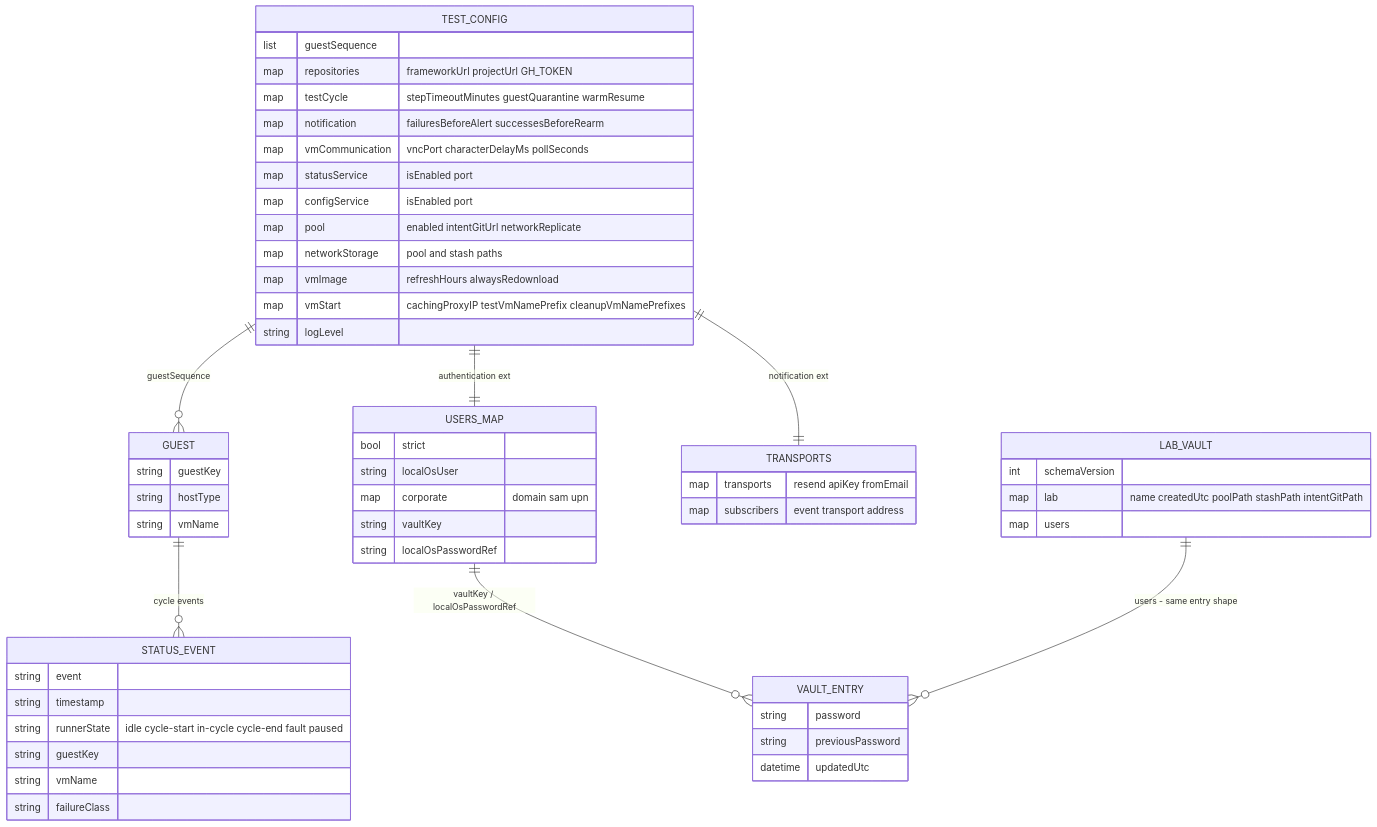
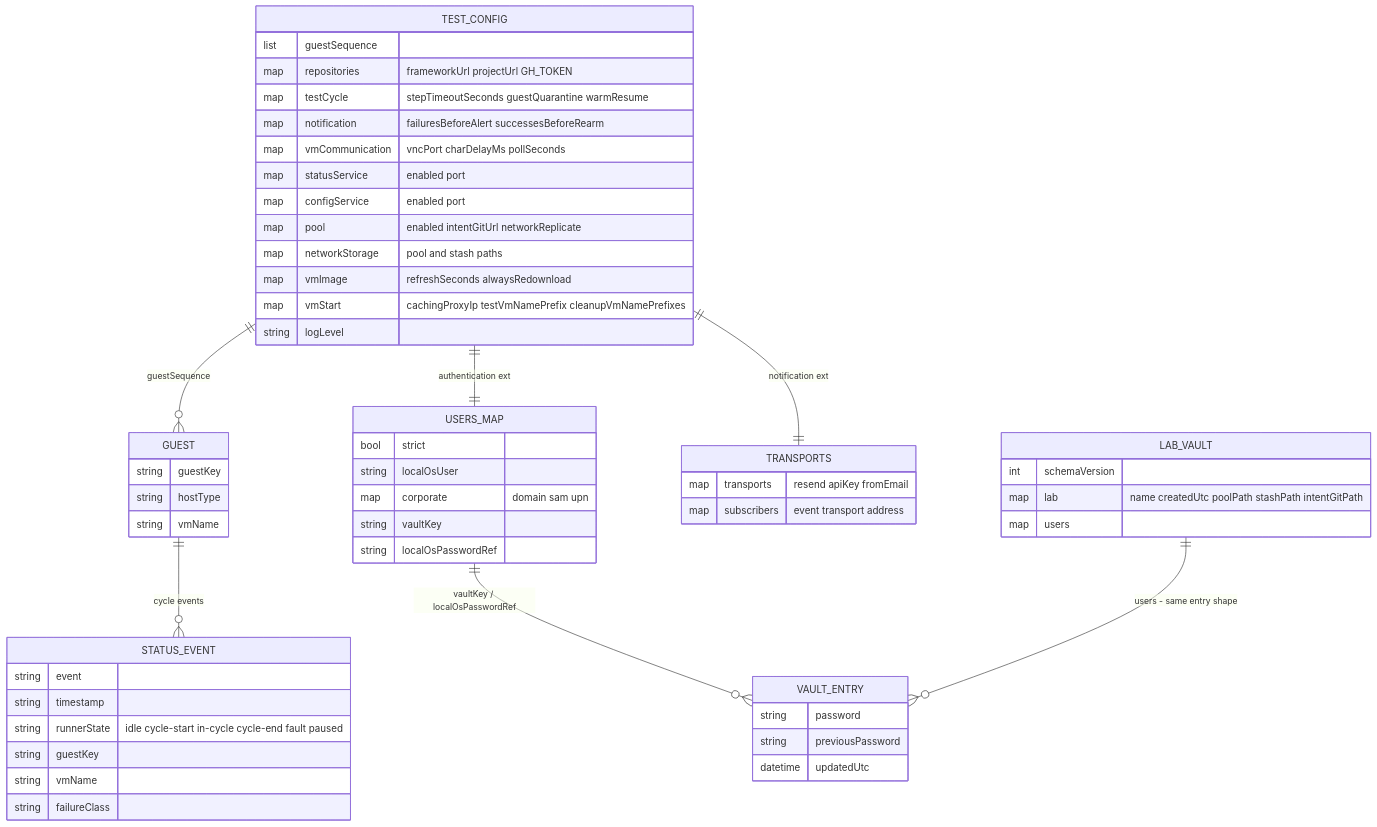
Before and after one commit to alissonsol/yuruna: the second of 2 diagrams in docs/design/05-data-model.md, drawn with Mermaid. The commit also changed other lines of this file and 737 other files, not shown here.

````diff
--- a/docs/design/05-data-model.md
+++ b/docs/design/05-data-model.md
@@ -121,58 +121,58 @@
 ```mermaid
 erDiagram
     TEST_CONFIG ||--o{ GUEST : guestSequence
     TEST_CONFIG ||--|| USERS_MAP : "authentication ext"
     TEST_CONFIG ||--|| TRANSPORTS : "notification ext"
     USERS_MAP ||--o{ VAULT_ENTRY : "vaultKey / localOsPasswordRef"
     LAB_VAULT ||--o{ VAULT_ENTRY : "users - same entry shape"
     GUEST ||--o{ STATUS_EVENT : "cycle events"
 
     TEST_CONFIG {
         list guestSequence
         map repositories "frameworkUrl projectUrl GH_TOKEN"
-        map testCycle "stepTimeoutMinutes guestQuarantine warmResume"
+        map testCycle "stepTimeoutSeconds guestQuarantine warmResume"
         map notification "failuresBeforeAlert successesBeforeRearm"
-        map vmCommunication "vncPort characterDelayMs pollSeconds"
-        map statusService "isEnabled port"
-        map configService "isEnabled port"
+        map vmCommunication "vncPort charDelayMs pollSeconds"
+        map statusService "enabled port"
+        map configService "enabled port"
         map pool "enabled intentGitUrl networkReplicate"
         map networkStorage "pool and stash paths"
-        map vmImage "refreshHours alwaysRedownload"
-        map vmStart "cachingProxyIP testVmNamePrefix cleanupVmNamePrefixes"
+        map vmImage "refreshSeconds alwaysRedownload"
+        map vmStart "cachingProxyIp testVmNamePrefix cleanupVmNamePrefixes"
         string logLevel
     }
     GUEST {
         string guestKey
         string hostType
         string vmName
     }
     USERS_MAP {
         bool strict
         string localOsUser
         map corporate "domain sam upn"
         string vaultKey
         string localOsPasswordRef
     }
     VAULT_ENTRY {
         string password
         string previousPassword
         datetime updatedUtc
     }
     LAB_VAULT {
         int schemaVersion
         map lab "name createdUtc poolPath stashPath intentGitPath"
         map users
     }
     TRANSPORTS {
         map transports "resend apiKey fromEmail"
         map subscribers "event transport address"
     }
     STATUS_EVENT {
         string event
         string timestamp
         string runnerState "idle cycle-start in-cycle cycle-end fault paused"
         string guestKey
         string vmName
         string failureClass
     }
 ```
````
